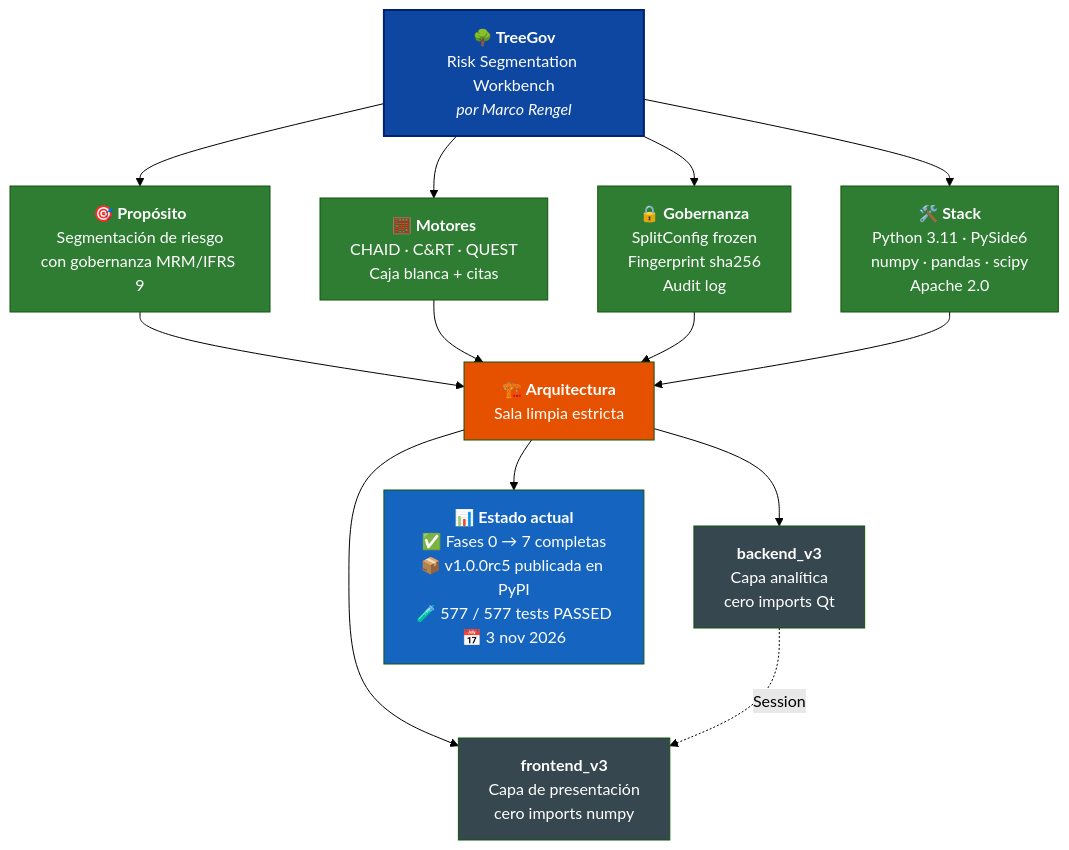
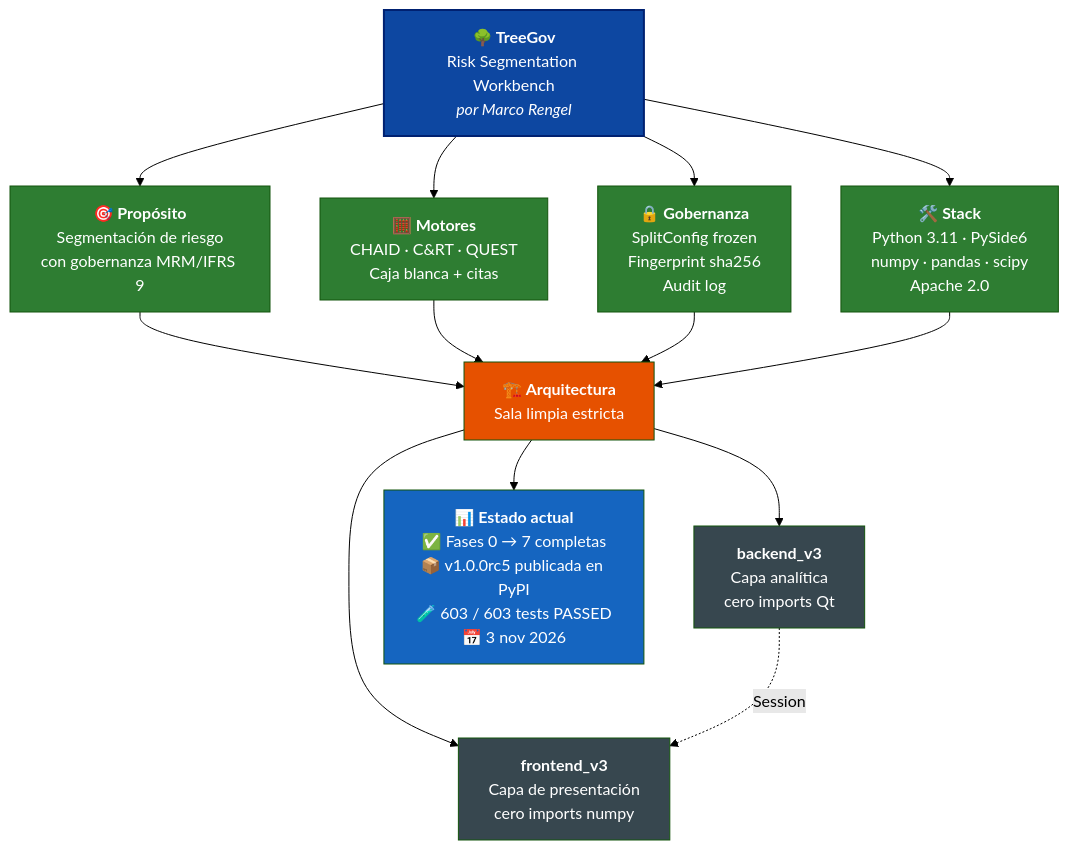
The diagram in README.es.md (Marco-Rengel/treegov), drawn with Mermaid (forest theme) before and after one commit. The commit also changed other lines of this file and 37 other files, not shown here.

````diff
--- a/README.es.md
+++ b/README.es.md
@@ -38,31 +38,31 @@
 ```mermaid
 flowchart TB
     TG["<b>🌳 TreeGov</b><br/>Risk Segmentation Workbench<br/><i>por Marco Rengel</i>"]
 
     TG --> P["<b>🎯 Propósito</b><br/>Segmentación de riesgo<br/>con gobernanza MRM/IFRS 9"]
     TG --> M["<b>🧮 Motores</b><br/>CHAID · C&RT · QUEST<br/>Caja blanca + citas"]
     TG --> G["<b>🔒 Gobernanza</b><br/>SplitConfig frozen<br/>Fingerprint sha256<br/>Audit log"]
     TG --> S["<b>🛠️ Stack</b><br/>Python 3.11 · PySide6<br/>numpy · pandas · scipy<br/>Apache 2.0"]
 
     P --> ARQ["<b>🏗️ Arquitectura</b><br/>Sala limpia estricta"]
     M --> ARQ
     G --> ARQ
     S --> ARQ
 
     ARQ --> BE["<b>backend_v3</b><br/>Capa analítica<br/>cero imports Qt"]
     ARQ --> FE["<b>frontend_v3</b><br/>Capa de presentación<br/>cero imports numpy"]
 
     BE -.->|Session| FE
 
-    ARQ --> ST["<b>📊 Estado actual</b><br/>✅ Fases 0 → 7 completas<br/>📦 v1.0.0rc5 publicada en PyPI<br/>🧪 577 / 577 tests PASSED<br/>📅 3 nov 2026"]
+    ARQ --> ST["<b>📊 Estado actual</b><br/>✅ Fases 0 → 7 completas<br/>📦 v1.0.0rc5 publicada en PyPI<br/>🧪 603 / 603 tests PASSED<br/>📅 3 nov 2026"]
 
     style TG fill:#0D47A1,color:#fff,stroke:#002171,stroke-width:2px
     style P fill:#2E7D32,color:#fff
     style M fill:#2E7D32,color:#fff
     style G fill:#2E7D32,color:#fff
     style S fill:#2E7D32,color:#fff
     style ARQ fill:#E65100,color:#fff
     style BE fill:#37474F,color:#fff
     style FE fill:#37474F,color:#fff
     style ST fill:#1565C0,color:#fff
 ```
````
